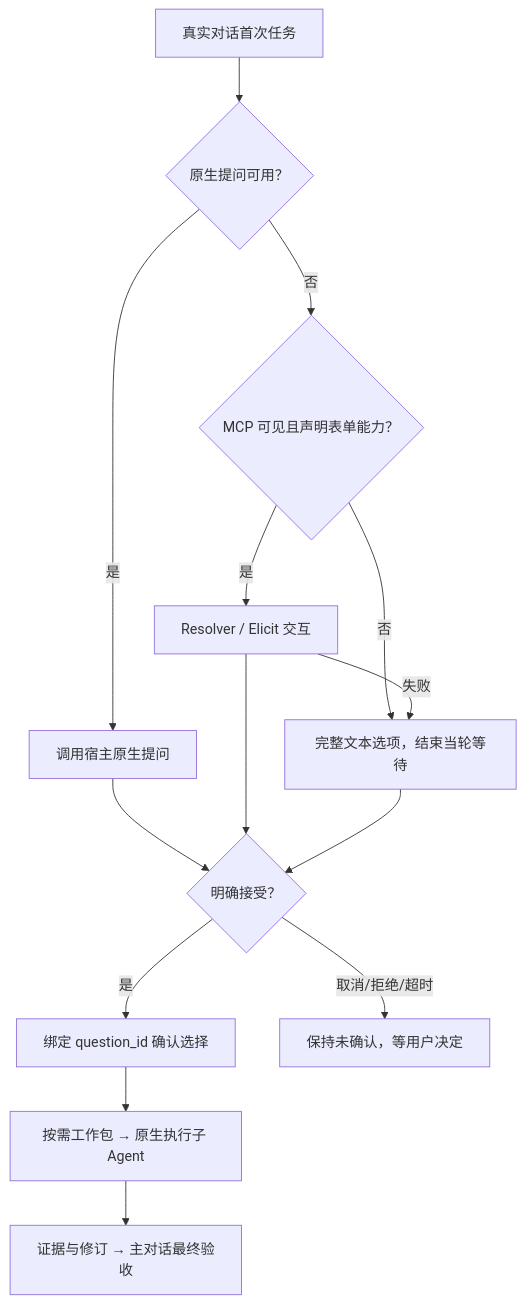
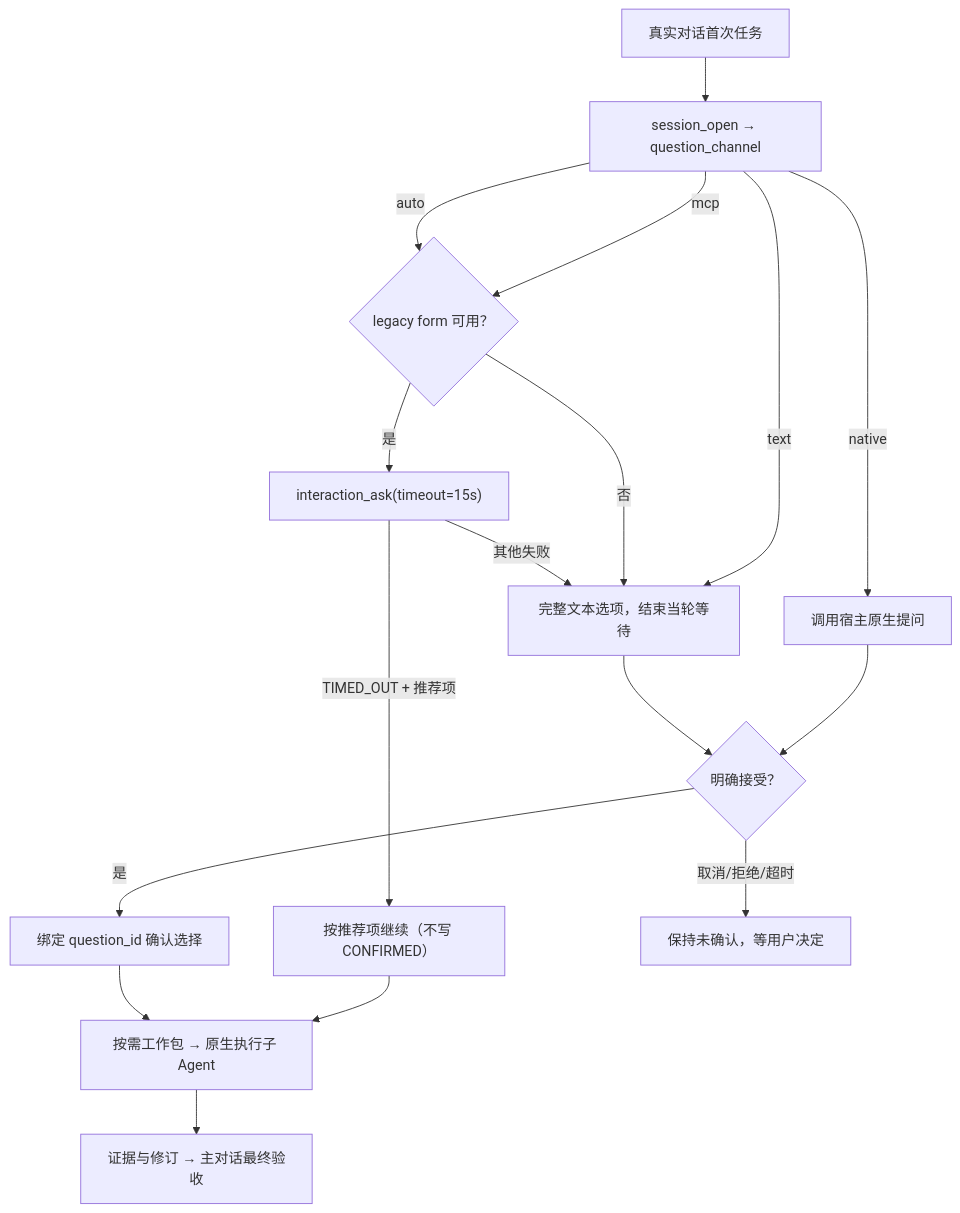
One commit to jinsc123654/single-conversation-subagent-skill changed the diagram in README.md. Above: the diagram before and after it, drawn with Mermaid. The commit also changed other lines of this file and 8 other files, not shown here.

````diff
--- a/README.md
+++ b/README.md
@@ -7,16 +7,19 @@
 ```mermaid
 flowchart TD
-  S["真实对话首次任务"] --> N{"原生提问可用？"}
-  N -->|是| A["调用宿主原生提问"]
-  N -->|否| M{"MCP 可见且声明表单能力？"}
-  M -->|是| E["Resolver / Elicit 交互"]
-  M -->|否| T["完整文本选项，结束当轮等待"]
-  E -->|失败| T
+  S["真实对话首次任务"] --> O["session_open → question_channel"]
+  O -->|native| A["调用宿主原生提问"]
+  O -->|text| T["完整文本选项，结束当轮等待"]
+  O -->|mcp| M{"legacy form 可用？"}
+  O -->|auto| M
+  M -->|是| E["interaction_ask(timeout=15s)"]
+  M -->|否| T
+  E -->|TIMED_OUT + 推荐项| C["按推荐项继续（不写 CONFIRMED）"]
+  E -->|其他失败| T
   A --> R{"明确接受？"}
-  E --> R
   T --> R
-  R -->|是| C["绑定 question_id 确认选择"]
+  R -->|是| Q["绑定 question_id 确认选择"]
   R -->|取消/拒绝/超时| W["保持未确认，等用户决定"]
   C --> P["按需工作包 → 原生执行子 Agent"]
+  Q --> P
   P --> V["证据与修订 → 主对话最终验收"]
 ```
````
